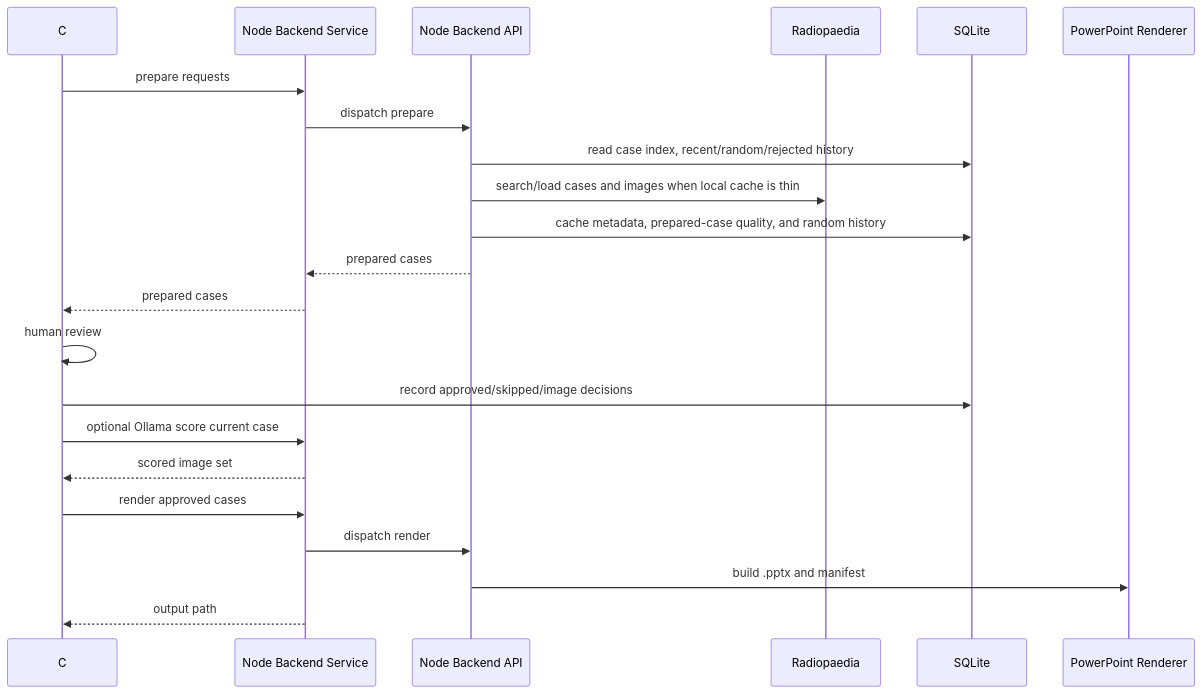
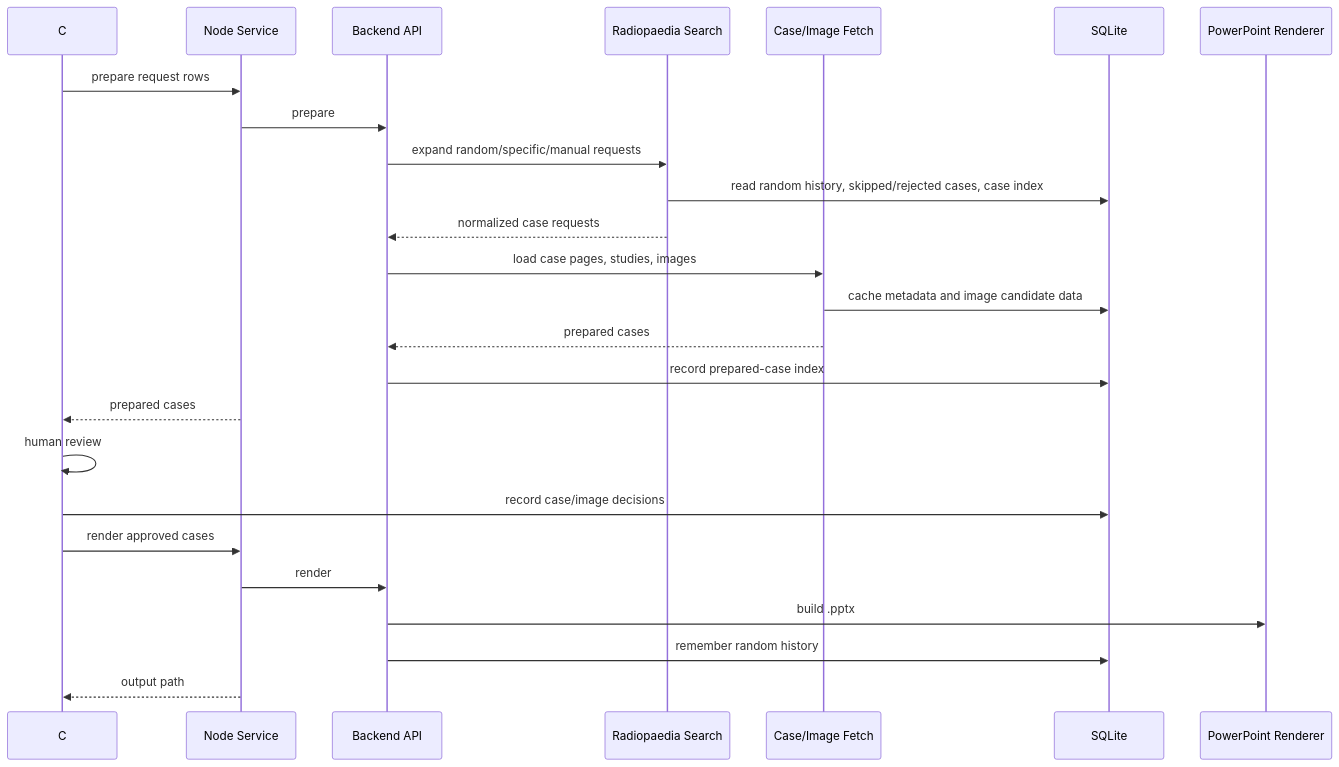
One commit to funwithcthulhu/radiology-ppt changed the second of 2 diagrams in docs/ARCHITECTURE.md. Above: the diagram before and after it, drawn with Mermaid. The commit also changed other lines of this file and 11 other files, not shown here.

````diff
--- a/docs/ARCHITECTURE.md
+++ b/docs/ARCHITECTURE.md
@@ -109,25 +140,28 @@
 ```mermaid
 sequenceDiagram
-  participant UI as C# UI
-  participant Service as Node Backend Service
-  participant API as Node Backend API
-  participant RP as Radiopaedia
+  participant UI as C# GUI
+  participant Service as Node Service
+  participant API as Backend API
+  participant Search as Radiopaedia Search
+  participant Fetch as Case/Image Fetch
   participant DB as SQLite
   participant PPT as PowerPoint Renderer
 
-  UI->>Service: prepare requests
-  Service->>API: dispatch prepare
-  API->>DB: read case index, recent/random/rejected history
-  API->>RP: search/load cases and images when local cache is thin
-  API->>DB: cache metadata, prepared-case quality, and random history
-  API-->>Service: prepared cases
+  UI->>Service: prepare request rows
+  Service->>API: prepare
+  API->>Search: expand random/specific/manual requests
+  Search->>DB: read random history, skipped/rejected cases, case index
+  Search-->>API: normalized case requests
+  API->>Fetch: load case pages, studies, images
+  Fetch->>DB: cache metadata and image candidate data
+  Fetch-->>API: prepared cases
+  API->>DB: record prepared-case index
   Service-->>UI: prepared cases
   UI->>UI: human review
-  UI->>DB: record approved/skipped/image decisions
-  UI->>Service: optional Ollama score current case
-  Service-->>UI: scored image set
+  UI->>DB: record case/image decisions
   UI->>Service: render approved cases
-  Service->>API: dispatch render
-  API->>PPT: build .pptx and manifest
+  Service->>API: render
+  API->>PPT: build .pptx
+  API->>DB: remember random history
   Service-->>UI: output path
 ```
````
